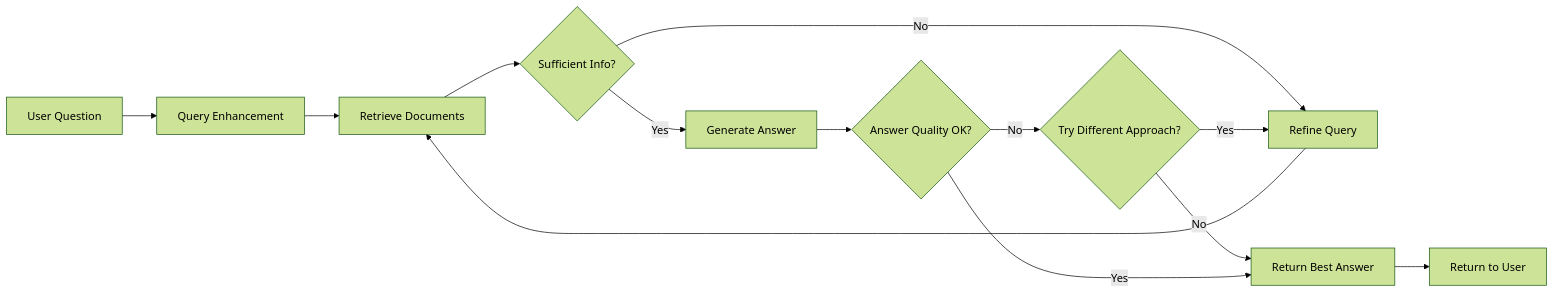
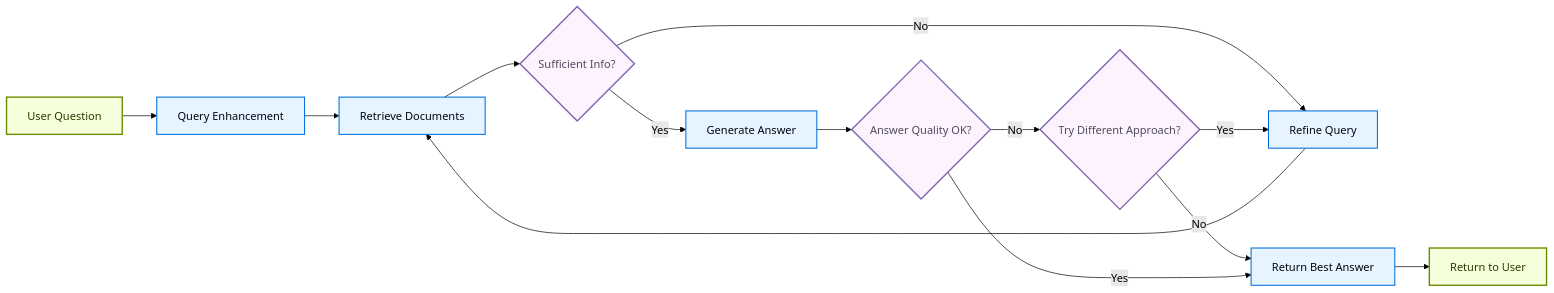
The diagram in reference-guides/RAG_Architecture_Decisions.md (anoop0489/langchain-learning-notes), drawn with Mermaid (forest theme) before and after one commit.

Commit message:
Add classDef color styling to Hybrid RAG mermaid diagram (matches official LangChain docs)

````diff
--- a/reference-guides/RAG_Architecture_Decisions.md
+++ b/reference-guides/RAG_Architecture_Decisions.md
@@ -105,15 +105,23 @@
 ```mermaid
 graph LR
     A[User Question] --> B[Query Enhancement]
     B --> C[Retrieve Documents]
     C --> D{Sufficient Info?}
     D -- No --> E[Refine Query]
     E --> C
     D -- Yes --> F[Generate Answer]
     F --> G{Answer Quality OK?}
     G -- No --> H{Try Different Approach?}
     H -- Yes --> E
     H -- No --> I[Return Best Answer]
     G -- Yes --> I
     I --> J[Return to User]
+
+    classDef startend fill:#F6FFDB,stroke:#6E8900,stroke-width:2px,color:#2E3900
+    classDef decision fill:#FDF3FF,stroke:#7E65AE,stroke-width:2px,color:#504B5F
+    classDef process fill:#E5F4FF,stroke:#006DDD,stroke-width:1.5px,color:#030710
+
+    class A,J startend
+    class B,C,E,F,I process
+    class D,G,H decision
 ```
````
